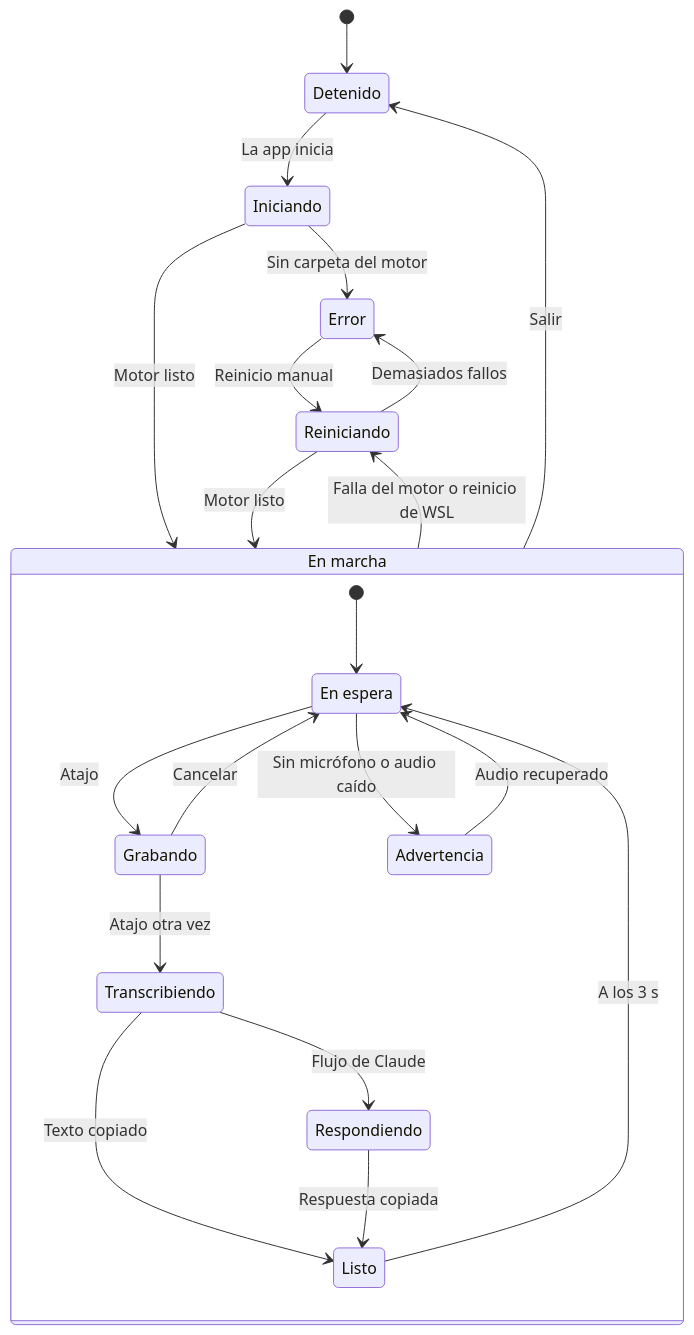
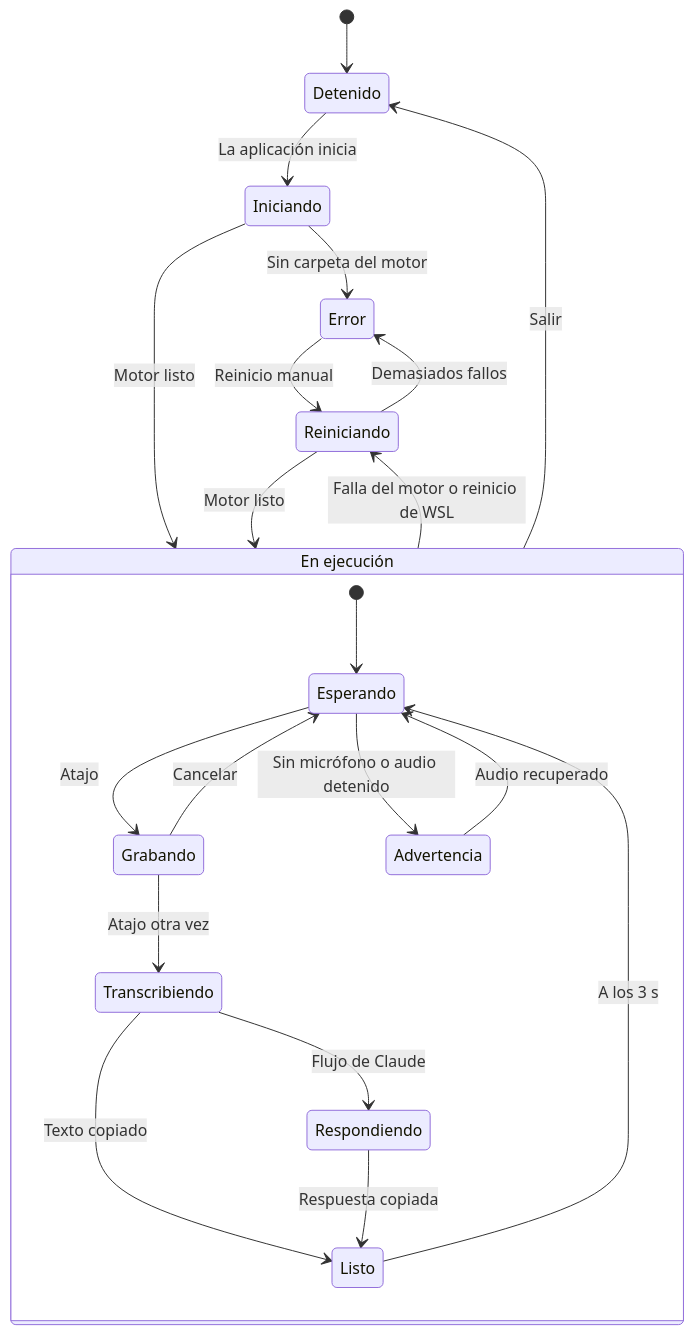
One commit to nano-br/voice-mate changed the fourth of 5 diagrams in README.es.md. Above: the diagram before and after it, drawn with Mermaid. The commit also changed other lines of this file and 1 other file, not shown here.

````diff
--- a/README.es.md
+++ b/README.es.md
@@ -239,35 +239,35 @@
 ```mermaid
 stateDiagram-v2
     state "Detenido" as Stopped
     state "Iniciando" as Starting
-    state "En marcha" as Running
+    state "En ejecución" as Running
     state "Reiniciando" as Restarting
     state "Error" as Error
-    state "En espera" as Idle
+    state "Esperando" as Idle
     state "Grabando" as Recording
     state "Transcribiendo" as Transcribing
     state "Respondiendo" as Answering
     state "Listo" as Ready
     state "Advertencia" as Warning
     [*] --> Stopped
-    Stopped --> Starting : La app inicia
+    Stopped --> Starting : La aplicación inicia
     Starting --> Running : Motor listo
     Starting --> Error : Sin carpeta del motor
     Running --> Restarting : Falla del motor o reinicio de WSL
     Restarting --> Running : Motor listo
     Restarting --> Error : Demasiados fallos
     Error --> Restarting : Reinicio manual
     Running --> Stopped : Salir
     state Running {
         [*] --> Idle
         Idle --> Recording : Atajo
         Recording --> Transcribing : Atajo otra vez
         Recording --> Idle : Cancelar
         Transcribing --> Ready : Texto copiado
         Transcribing --> Answering : Flujo de Claude
         Answering --> Ready : Respuesta copiada
         Ready --> Idle : A los 3 s
-        Idle --> Warning : Sin micrófono o audio caído
+        Idle --> Warning : Sin micrófono o audio detenido
         Warning --> Idle : Audio recuperado
     }
 ```
````
